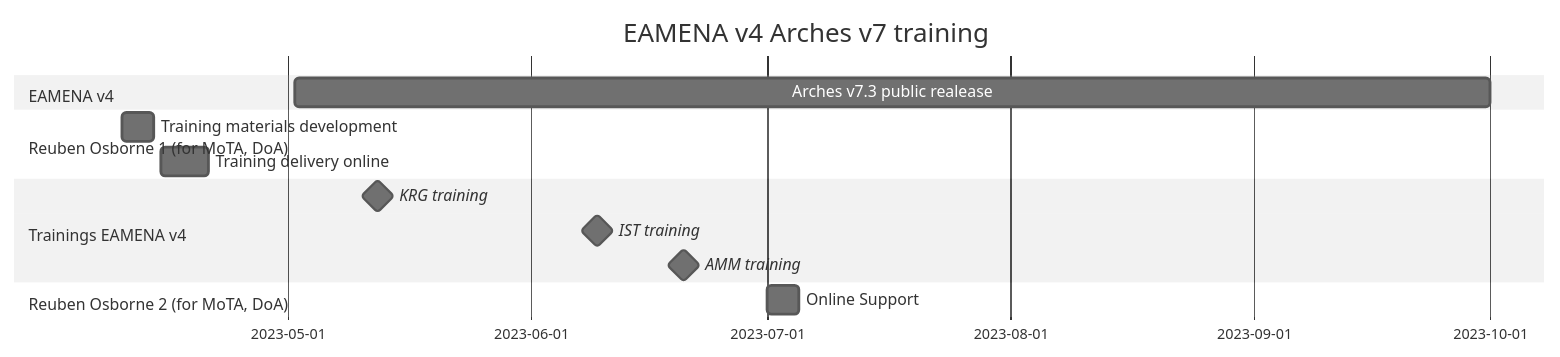
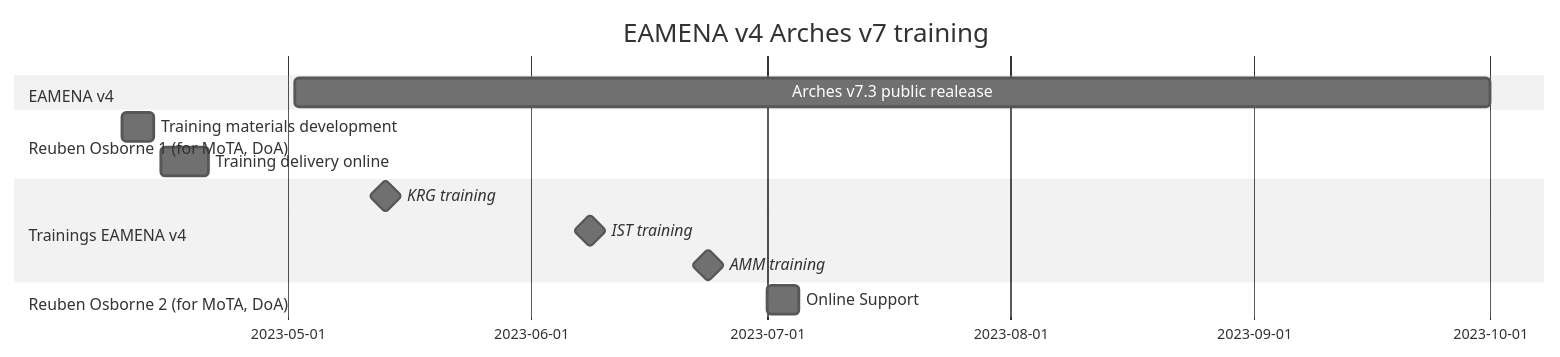
Before and after one commit to eamena-project/eamena-arches-dev: the diagram in training/README.md, drawn with Mermaid (neutral theme).

Commit message:
trainings

````diff
--- a/training/README.md
+++ b/training/README.md
@@ -153,16 +153,16 @@
 ```mermaid
 gantt
     title EAMENA v4 Arches v7 training
     dateFormat  YYYY-MM-DD
     section EAMENA v4
     Arches v7.3 public realease        : a1, 2023-05-02, 2023-10-01
     section Reuben Osborne 1 (for MoTA, DoA)
     Training materials development     : a1, 2023-04-10, 4d
     Training delivery online           : a1, 2023-04-15, 6d
     section Trainings EAMENA v4
-    KRG training             : milestone, m3, 2023-05-09, 7d
-    IST training             : milestone, m3, 2023-06-06, 7d
-    AMM training             : milestone, m3, 2023-06-17, 7d
+    KRG training             : milestone, m3, 2023-05-10, 7d
+    IST training             : milestone, m3, 2023-06-05, 7d
+    AMM training             : milestone, m3, 2023-06-18, 11d
     section Reuben Osborne 2 (for MoTA, DoA)
     Online Support                     : a1, 2023-07-01, 4d
 ```
````
